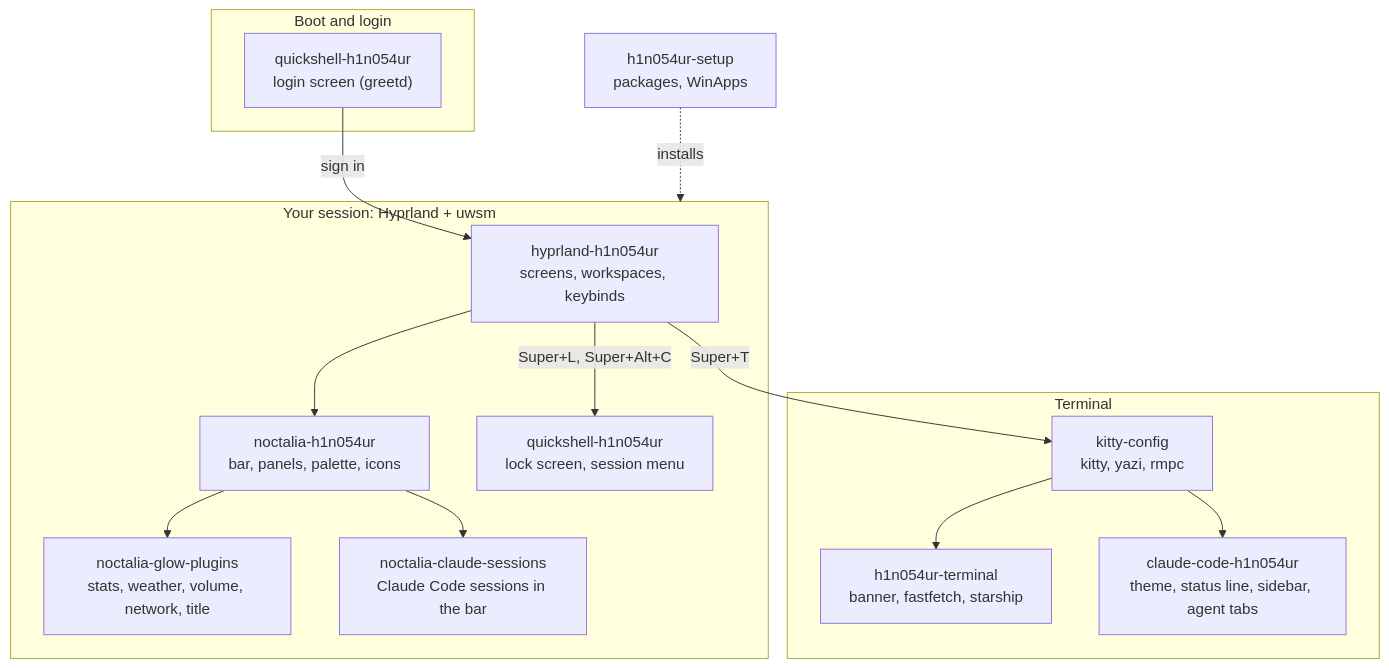
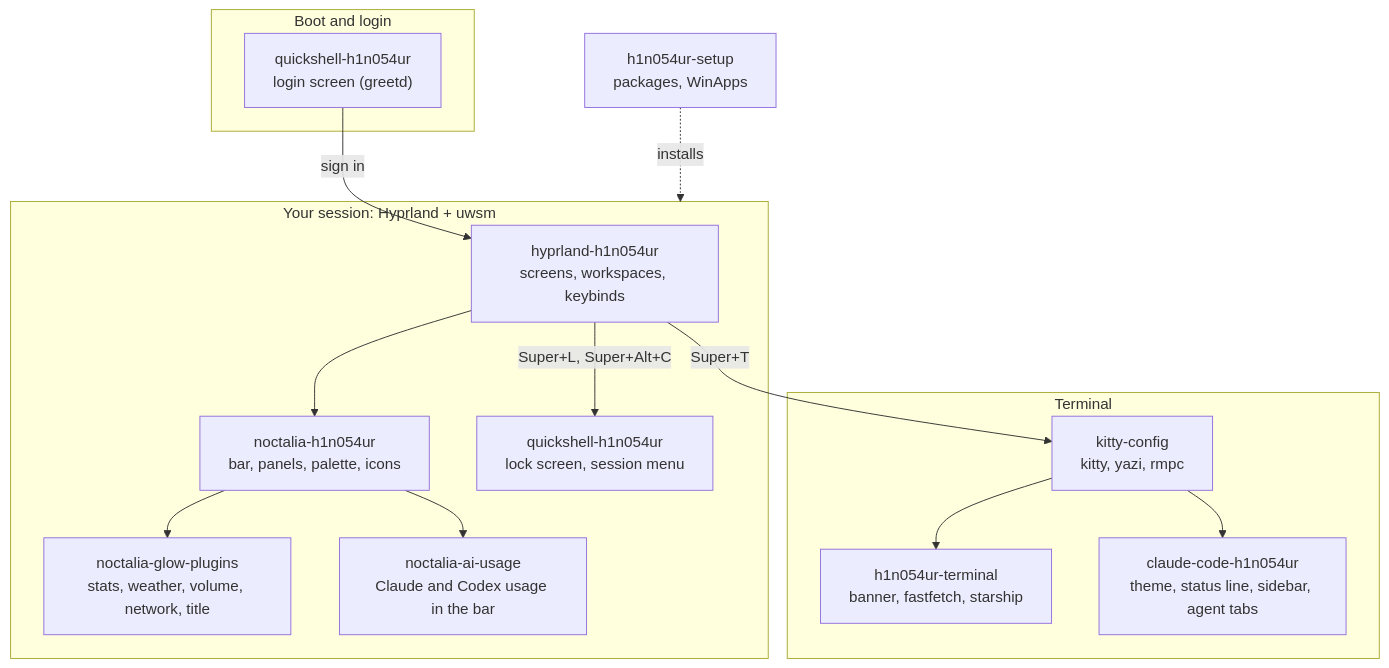
Before and after one commit to h1n054ur/desktop: the diagram in README.md, drawn with Mermaid. The commit also changed other lines of this file and 3 other files, not shown here.

Commit message:
docs(noctalia-ai-usage): describe both AI usage widgets and how to sign in for Codex limits

````diff
--- a/README.md
+++ b/README.md
@@ -59,28 +59,28 @@
 ```mermaid
 flowchart TB
   subgraph boot["Boot and login"]
     GR["quickshell-h1n054ur<br/>login screen (greetd)"]
   end
   subgraph session["Your session: Hyprland + uwsm"]
     HY["hyprland-h1n054ur<br/>screens, workspaces, keybinds"]
     NT["noctalia-h1n054ur<br/>bar, panels, palette, icons"]
     GP["noctalia-glow-plugins<br/>stats, weather, volume, network, title"]
-    CS["noctalia-claude-sessions<br/>Claude Code sessions in the bar"]
+    CS["noctalia-ai-usage<br/>Claude and Codex usage in the bar"]
     LK["quickshell-h1n054ur<br/>lock screen, session menu"]
   end
   subgraph term["Terminal"]
     KT["kitty-config<br/>kitty, yazi, rmpc"]
     TM["h1n054ur-terminal<br/>banner, fastfetch, starship"]
     CC["claude-code-h1n054ur<br/>theme, status line, sidebar, agent tabs"]
   end
   ST["h1n054ur-setup<br/>packages, WinApps"]
   ST -.->|installs| session
   GR -->|"sign in"| HY
   HY --> NT
   NT --> GP
   NT --> CS
   HY -->|"Super+L, Super+Alt+C"| LK
   HY -->|"Super+T"| KT
   KT --> TM
   KT --> CC
 ```
````
